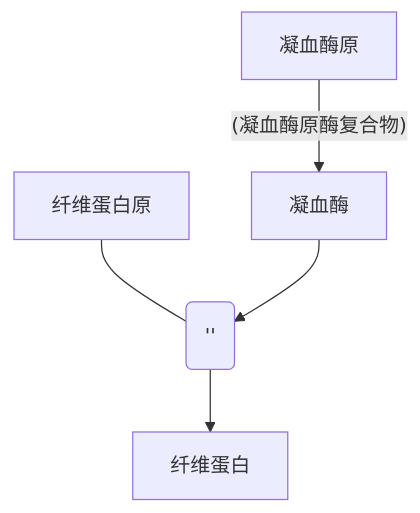
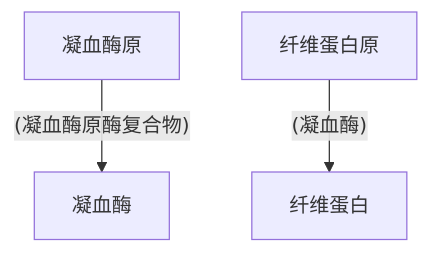
One commit to ChickenHu/notebook changed the fifth of 7 diagrams in Physiology/血液.md. Above: the diagram before and after it, drawn with Mermaid. The commit also changed other lines of this file and 7 other files, not shown here.

````diff
--- a/Physiology/血液.md
+++ b/Physiology/血液.md
@@ -333,6 +378,5 @@
 ```mermaid
 flowchart
-凝血酶原 --(凝血酶原酶复合物)--> 凝血酶
-纤维蛋白原---A('')-->纤维蛋白
-凝血酶-->A
+凝血酶原 --(凝血酶原酶复合物)-->凝血酶
+纤维蛋白原--(凝血酶)-->纤维蛋白
 ```
````
